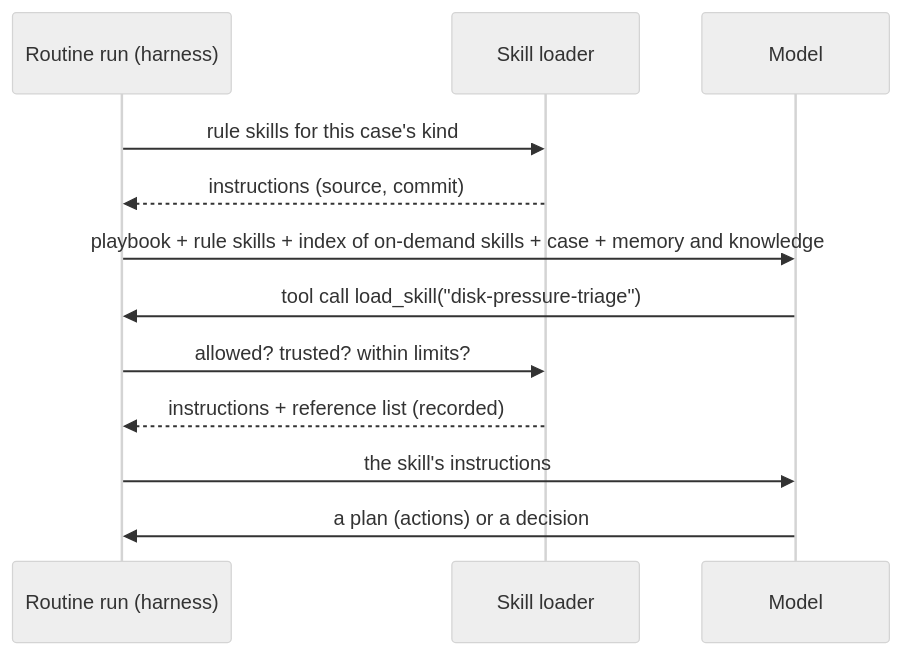
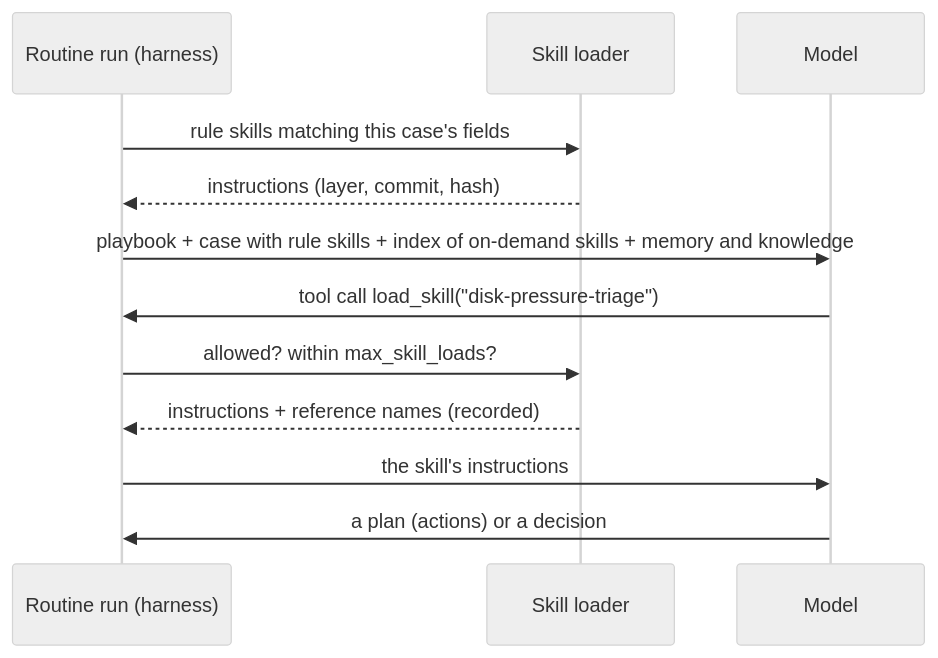
The diagram in docs/rfc/RFC-0005-skills.md (chipi/flotilla), drawn with Mermaid (neutral theme) before and after one commit. The commit also changed other lines of this file, not shown here.

````diff
--- a/docs/rfc/RFC-0005-skills.md
+++ b/docs/rfc/RFC-0005-skills.md
@@ -79,14 +103,14 @@
 ```mermaid
 sequenceDiagram
     participant R as Routine run (harness)
     participant L as Skill loader
     participant M as Model
-    R->>L: rule skills for this case's kind
-    L-->>R: instructions (source, commit)
-    R->>M: playbook + rule skills + index of on-demand skills + case + memory and knowledge
+    R->>L: rule skills matching this case's fields
+    L-->>R: instructions (layer, commit, hash)
+    R->>M: playbook + case with rule skills + index of on-demand skills + memory and knowledge
     M->>R: tool call load_skill("disk-pressure-triage")
-    R->>L: allowed? trusted? within limits?
-    L-->>R: instructions + reference list (recorded)
+    R->>L: allowed? within max_skill_loads?
+    L-->>R: instructions + reference names (recorded)
     R->>M: the skill's instructions
     M->>R: a plan (actions) or a decision
 ```
````
